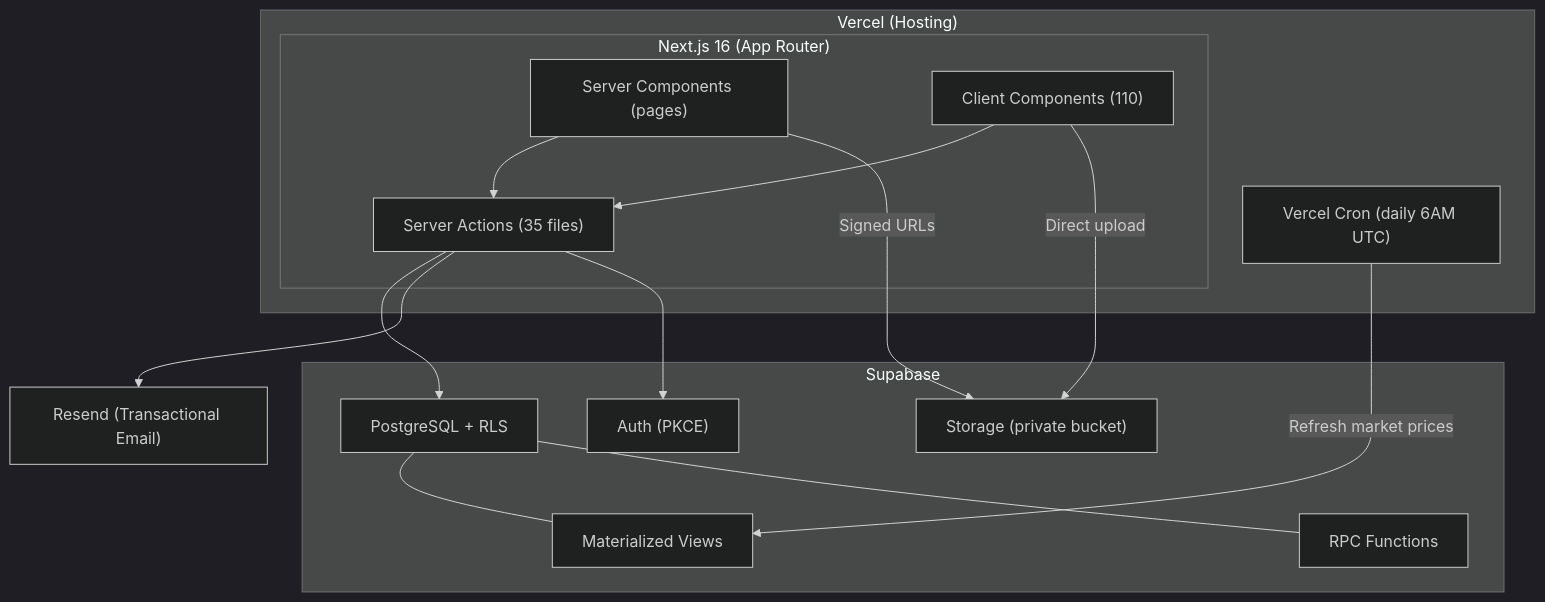
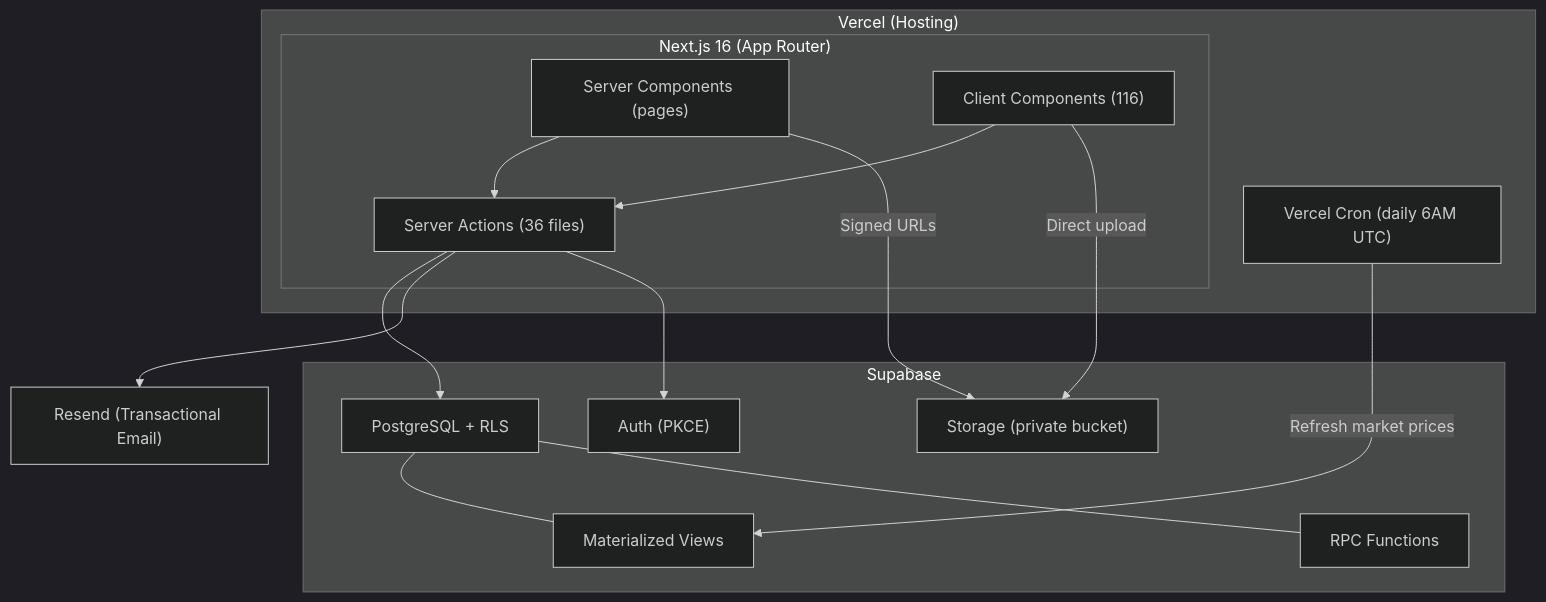
Before and after one commit to smount92/ProjectEquiscape: the diagram in docs/architecture/overview.md, drawn with Mermaid (dark theme). The commit also changed other lines of this file and 5 other files, not shown here.

````diff
--- a/docs/architecture/overview.md
+++ b/docs/architecture/overview.md
@@ -5,32 +5,32 @@
 ```mermaid
 graph TD
     subgraph Vercel["Vercel (Hosting)"]
         subgraph Next["Next.js 16 (App Router)"]
             SC["Server Components (pages)"]
-            CC["Client Components (110)"]
-            SA["Server Actions (35 files)"]
+            CC["Client Components (116)"]
+            SA["Server Actions (36 files)"]
         end
         Cron["Vercel Cron (daily 6AM UTC)"]
     end
 
     subgraph Supabase["Supabase"]
         Auth["Auth (PKCE)"]
         Storage["Storage (private bucket)"]
         DB["PostgreSQL + RLS"]
         MV["Materialized Views"]
         RPC["RPC Functions"]
     end
 
     Email["Resend (Transactional Email)"]
 
     SC --> SA
     CC --> SA
     SA --> DB
     SA --> Email
     CC -->|"Direct upload"| Storage
     SC -->|"Signed URLs"| Storage
     Cron -->|"Refresh market prices"| MV
     SA --> Auth
     DB --- MV
     DB --- RPC
 ```
````
